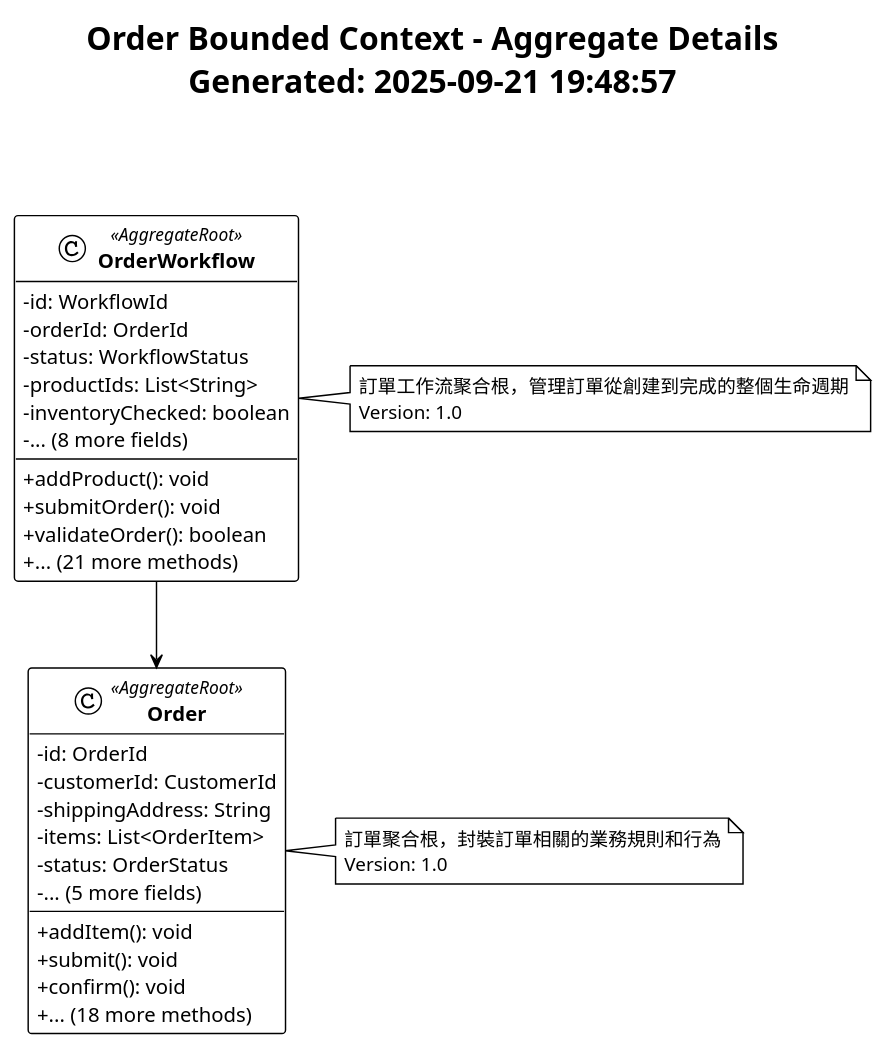
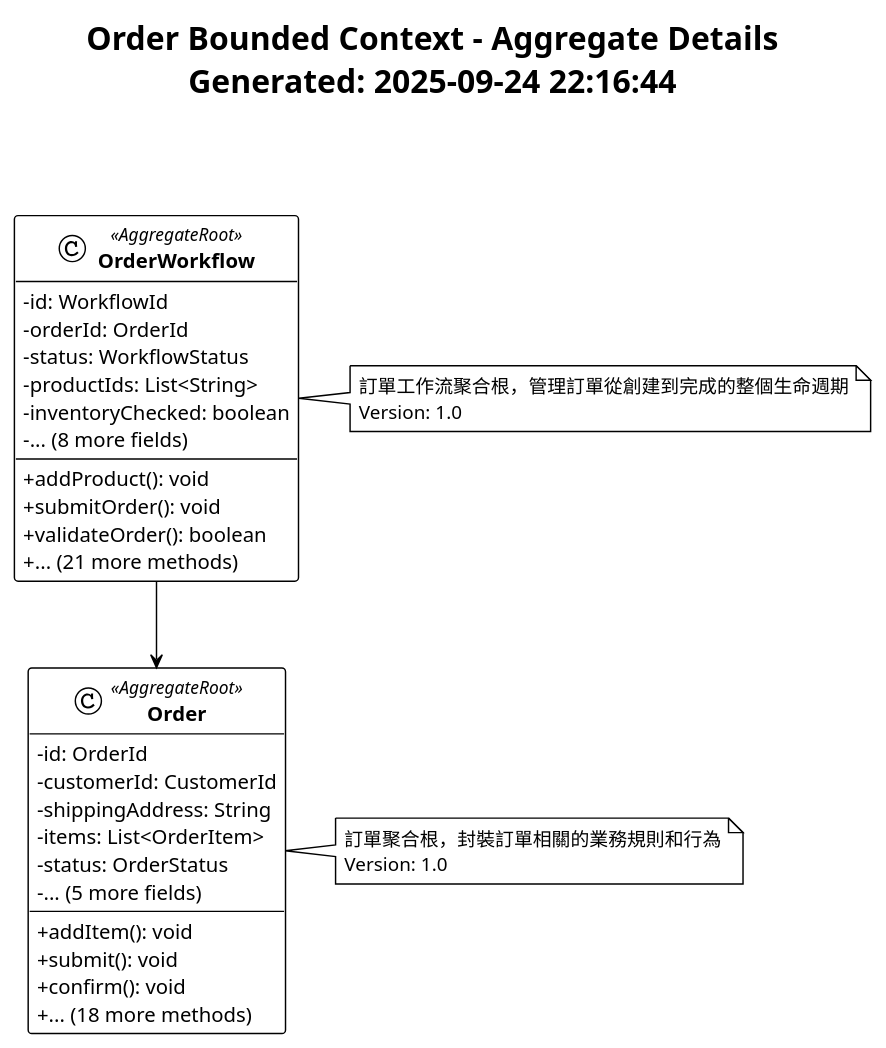
One commit to humank/genai-demo changed the diagram in docs/diagrams/viewpoints/functional/order-aggregate-details.puml. Above: the diagram before and after it, drawn with PlantUML. The commit also changed 654 other files, not shown here.

```diff
--- a/docs/diagrams/viewpoints/functional/order-aggregate-details.puml
+++ b/docs/diagrams/viewpoints/functional/order-aggregate-details.puml
@@ -1,50 +1,50 @@
 @startuml Order Aggregate Details
 !theme plain
 skinparam classAttributeIconSize 0
 skinparam classFontStyle bold
 
-title Order Bounded Context - Aggregate Details\nGenerated: 2025-09-21 19:48:57\n\n
+title Order Bounded Context - Aggregate Details\nGenerated: 2025-09-24 22:16:44\n\n
 
 class Order <<AggregateRoot>> {
   -id: OrderId
   -customerId: CustomerId
   -shippingAddress: String
   -items: List<OrderItem>
   -status: OrderStatus
   -... (5 more fields)
   --
   +addItem(): void
   +submit(): void
   +confirm(): void
   +... (18 more methods)
 }
 
 note right of Order
   訂單聚合根，封裝訂單相關的業務規則和行為
   Version: 1.0
 end note
 
 class OrderWorkflow <<AggregateRoot>> {
   -id: WorkflowId
   -orderId: OrderId
   -status: WorkflowStatus
   -productIds: List<String>
   -inventoryChecked: boolean
   -... (8 more fields)
   --
   +addProduct(): void
   +submitOrder(): void
   +validateOrder(): boolean
   +... (21 more methods)
 }
 
 note right of OrderWorkflow
   訂單工作流聚合根，管理訂單從創建到完成的整個生命週期
   Version: 1.0
 end note
 
 
 ' Relationships
 OrderWorkflow --> Order
 
 @enduml
```
